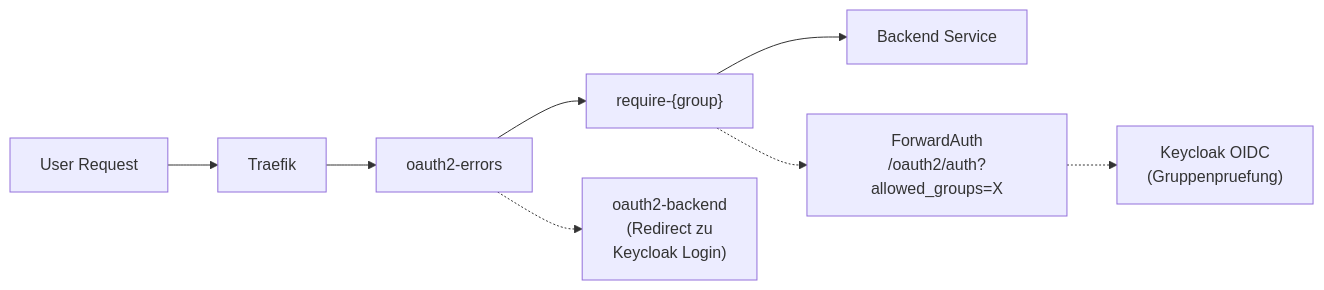
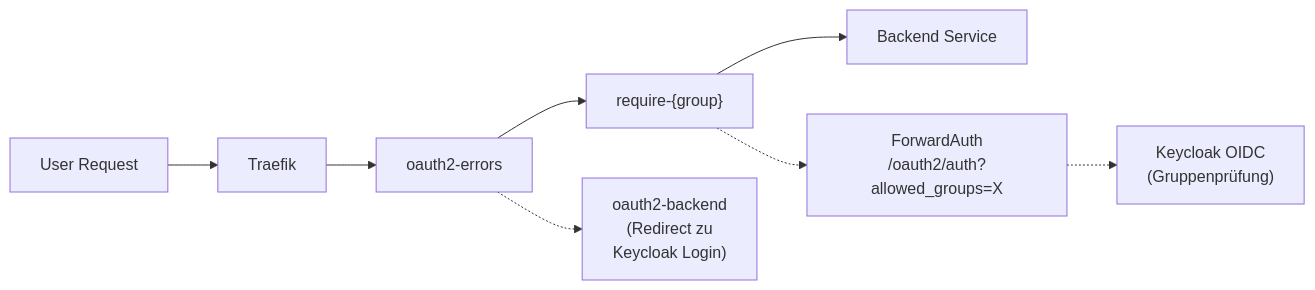
One commit to derever-labs/homelab-wiki changed the diagram in docs/platforms/security.md. Above: the diagram before and after it, drawn with Mermaid. The commit also changed other lines of this file and 22 other files, not shown here.

````diff
--- a/docs/platforms/security.md
+++ b/docs/platforms/security.md
@@ -15,10 +15,10 @@
 ```mermaid
 flowchart LR
     User["User Request"] --> Traefik
     Traefik --> errors["oauth2-errors"]
     errors --> require["require-{group}"]
     require --> Backend["Backend Service"]
     errors -.-> backend2["oauth2-backend<br/>(Redirect zu<br/>Keycloak Login)"]
     require -.-> fwd["ForwardAuth<br/>/oauth2/auth?allowed_groups=X"]
-    fwd -.-> KC["Keycloak OIDC<br/>(Gruppenpruefung)"]
+    fwd -.-> KC["Keycloak OIDC<br/>(Gruppenprüfung)"]
 ```
````
